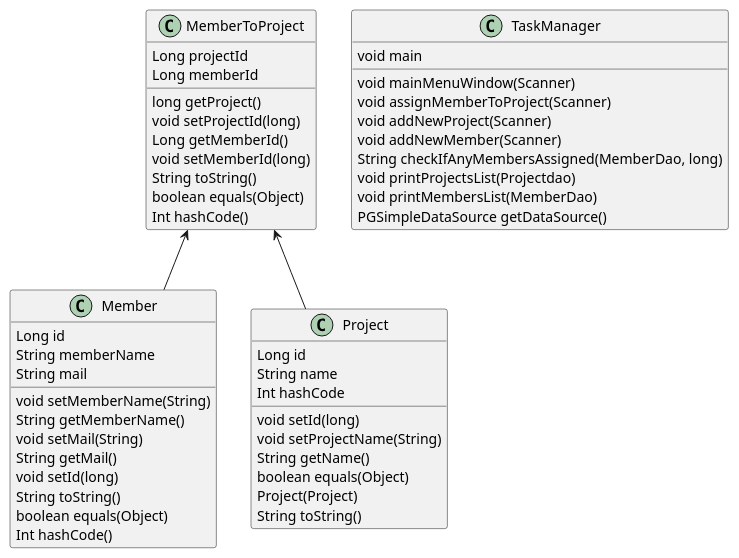
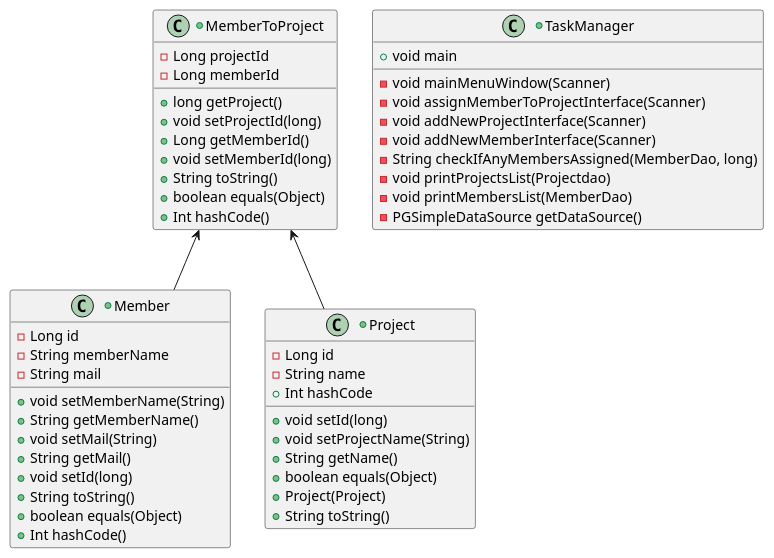
Before and after one commit to Westerdals/jdbc-mandatory-assignment: the diagram in doc/sequence.puml, drawn with PlantUML. The commit also changed 1 other file, not shown here.

Commit message:
adds plantUML integration and diagram

```diff
--- a/doc/sequence.puml
+++ b/doc/sequence.puml
@@ -1,54 +1,55 @@
 @startuml
+
 MemberToProject <-- Member
 MemberToProject <-- Project
 
-class Member {
-Long id
-String memberName
-String mail
-void setMemberName(String)
-String getMemberName()
-void setMail(String)
-String getMail()
-void setId(long)
-String toString()
-boolean equals(Object)
-Int hashCode()
++class Member {
+- Long id
+- String memberName
+- String mail
++ void setMemberName(String)
++ String getMemberName()
++ void setMail(String)
++ String getMail()
++ void setId(long)
++ String toString()
++ boolean equals(Object)
++ Int hashCode()
 }
 
-class MemberToProject {
-Long projectId
-Long memberId
-long getProject()
-void setProjectId(long)
-Long getMemberId()
-void setMemberId(long)
-String toString()
-boolean equals(Object)
-Int hashCode()
++class MemberToProject {
+-Long projectId
+-Long memberId
++long getProject()
++void setProjectId(long)
++Long getMemberId()
++void setMemberId(long)
++String toString()
++boolean equals(Object)
++Int hashCode()
 }
 
-class Project {
-Long id
-String name
-void setId(long)
-void setProjectName(String)
-String getName()
-boolean equals(Object)
-Project(Project)
-Int hashCode
-String toString()
++class Project {
+-Long id
+-String name
++void setId(long)
++void setProjectName(String)
++String getName()
++boolean equals(Object)
++Project(Project)
++Int hashCode
++String toString()
 }
 
-class TaskManager {
-void main
-void mainMenuWindow(Scanner)
-void assignMemberToProject(Scanner)
-void addNewProject(Scanner)
-void addNewMember(Scanner)
-String checkIfAnyMembersAssigned(MemberDao, long)
-void printProjectsList(Projectdao)
-void printMembersList(MemberDao)
-PGSimpleDataSource getDataSource()
++class TaskManager {
++void main
+-void mainMenuWindow(Scanner)
+-void assignMemberToProjectInterface(Scanner)
+-void addNewProjectInterface(Scanner)
+-void addNewMemberInterface(Scanner)
+-String checkIfAnyMembersAssigned(MemberDao, long)
+-void printProjectsList(Projectdao)
+-void printMembersList(MemberDao)
+-PGSimpleDataSource getDataSource()
 }
 @enduml
```
